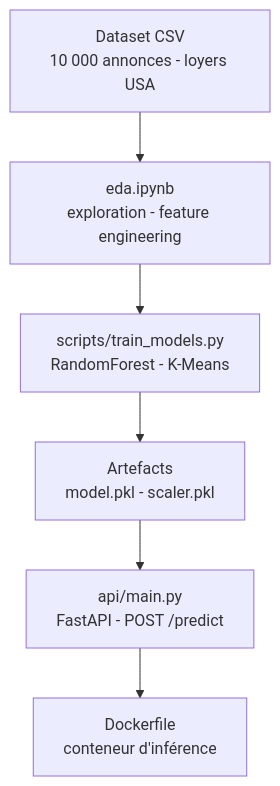
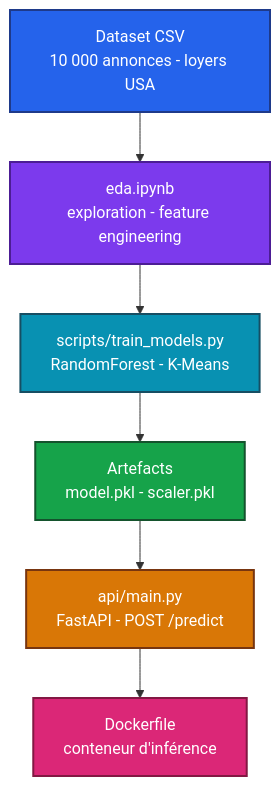
One commit to Adam-Blf/exam_final_python changed the diagram in README.md. Above: the diagram before and after it, drawn with Mermaid.

Commit message:
docs: add colors to mermaid diagrams (#4)
Each node gets a palette class (by subgraph or by flow depth), subgraphs are tinted, non-flowchart diagrams use a colored base theme. Validated by rendering every diagram before and after.

````diff
--- a/README.md
+++ b/README.md
@@ -25,14 +25,27 @@
 ```mermaid
 flowchart TB
     DS["Dataset CSV<br/>10 000 annonces - loyers USA"]
     EDA["eda.ipynb<br/>exploration - feature engineering"]
     TRAIN["scripts/train_models.py<br/>RandomForest - K-Means"]
     ART["Artefacts<br/>model.pkl - scaler.pkl"]
     API["api/main.py<br/>FastAPI - POST /predict"]
     DOCKER["Dockerfile<br/>conteneur d'inférence"]
     DS --> EDA
     EDA --> TRAIN
     TRAIN --> ART
     ART --> API
     API --> DOCKER
+
+    classDef c0 fill:#2563eb,stroke:#1e3a8a,stroke-width:2px,color:#ffffff
+    classDef c1 fill:#7c3aed,stroke:#4c1d95,stroke-width:2px,color:#ffffff
+    classDef c2 fill:#0891b2,stroke:#164e63,stroke-width:2px,color:#ffffff
+    classDef c3 fill:#16a34a,stroke:#14532d,stroke-width:2px,color:#ffffff
+    classDef c4 fill:#d97706,stroke:#78350f,stroke-width:2px,color:#ffffff
+    classDef c5 fill:#db2777,stroke:#831843,stroke-width:2px,color:#ffffff
+    class DS c0
+    class EDA c1
+    class TRAIN c2
+    class ART c3
+    class API c4
+    class DOCKER c5
 ```
````
